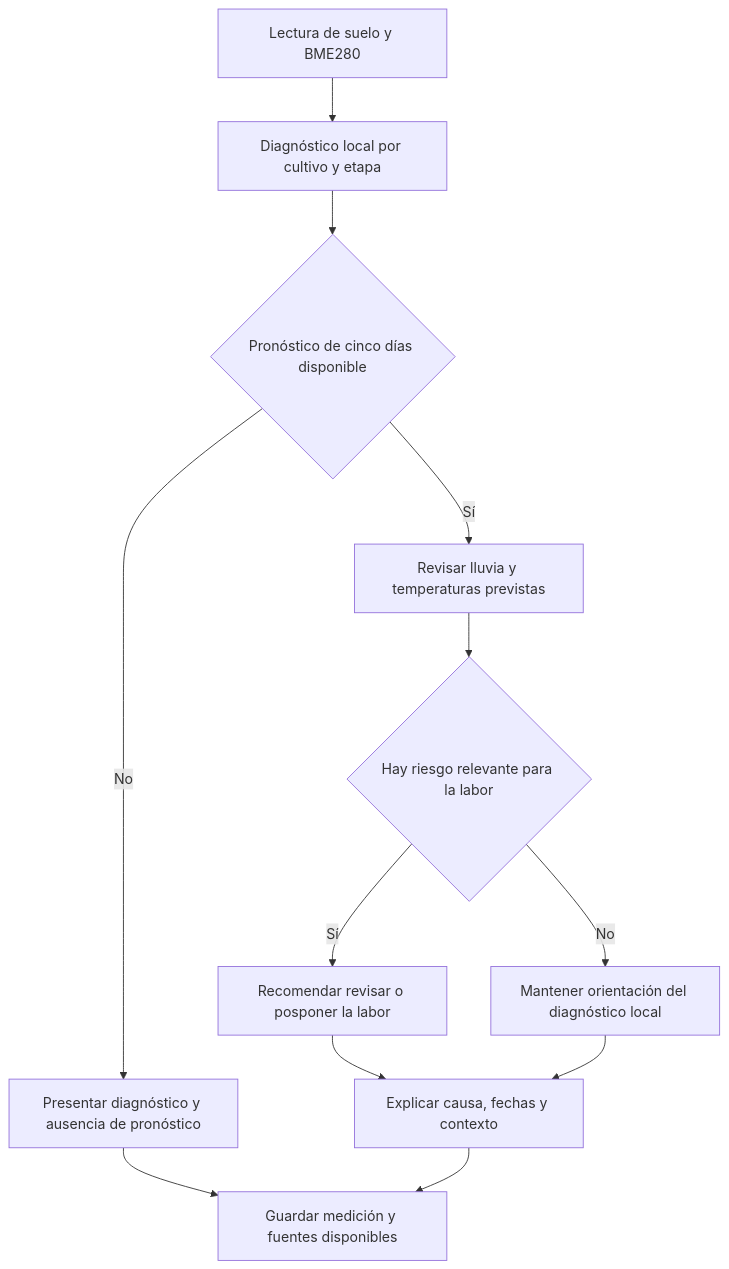
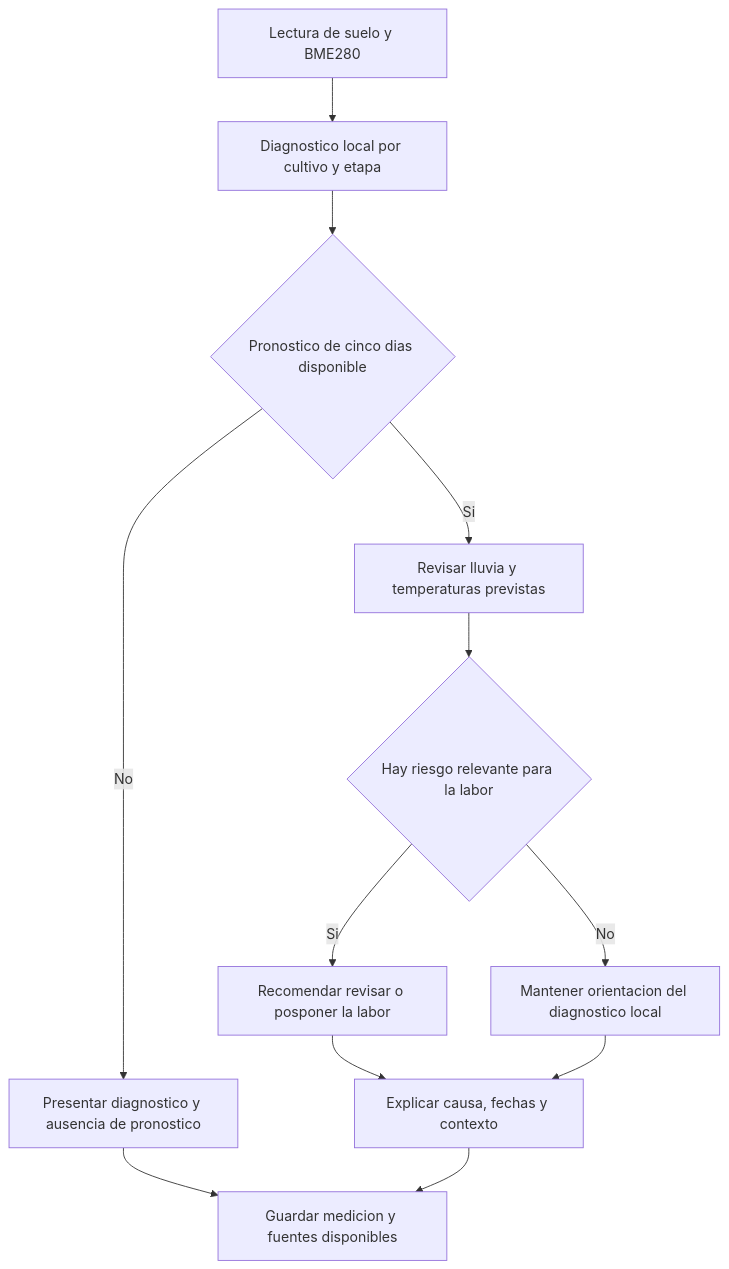
One commit to Alvarinhoooo7/TerraSence changed the ninth of 11 diagrams in docs/INFORME 1 .docx.md. Above: the diagram before and after it, drawn with Mermaid. The commit also changed other lines of this file and 12 other files, not shown here.

````diff
--- a/docs/INFORME 1 .docx.md
+++ b/docs/INFORME 1 .docx.md
@@ -378,14 +1163,14 @@
 ```mermaid
 flowchart TD
-    A[Lectura de suelo y BME280] --> B[Diagnóstico local por cultivo y etapa]
-    B --> C{Pronóstico de cinco días disponible}
-    C -->|No| D[Presentar diagnóstico y ausencia de pronóstico]
-    C -->|Sí| E[Revisar lluvia y temperaturas previstas]
+    A[Lectura de suelo y BME280] --> B[Diagnostico local por cultivo y etapa]
+    B --> C{Pronostico de cinco dias disponible}
+    C -->|No| D[Presentar diagnostico y ausencia de pronostico]
+    C -->|Si| E[Revisar lluvia y temperaturas previstas]
     E --> F{Hay riesgo relevante para la labor}
-    F -->|Sí| G[Recomendar revisar o posponer la labor]
-    F -->|No| H[Mantener orientación del diagnóstico local]
+    F -->|Si| G[Recomendar revisar o posponer la labor]
+    F -->|No| H[Mantener orientacion del diagnostico local]
     G --> I[Explicar causa, fechas y contexto]
     H --> I
-    D --> J[Guardar medición y fuentes disponibles]
+    D --> J[Guardar medicion y fuentes disponibles]
     I --> J
 ```
````
